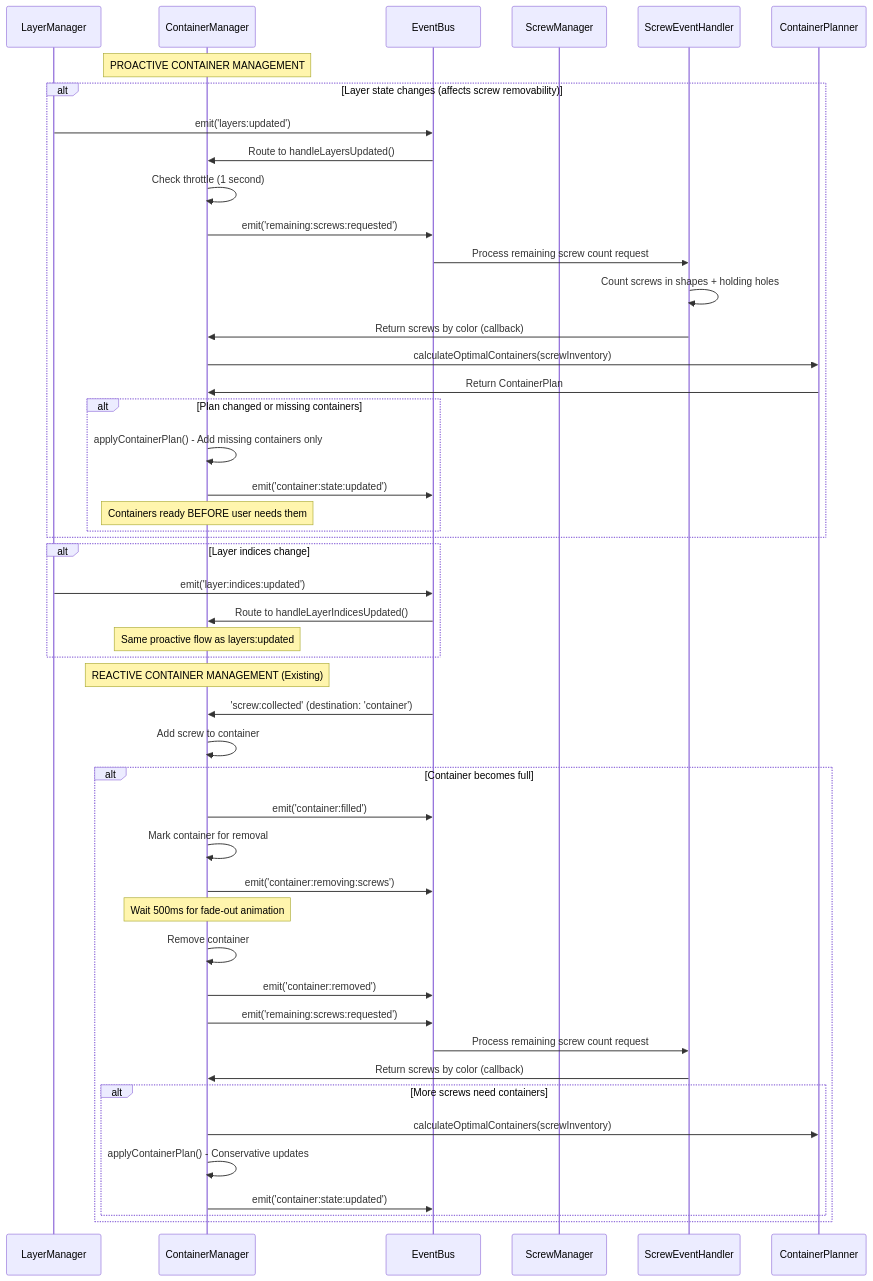
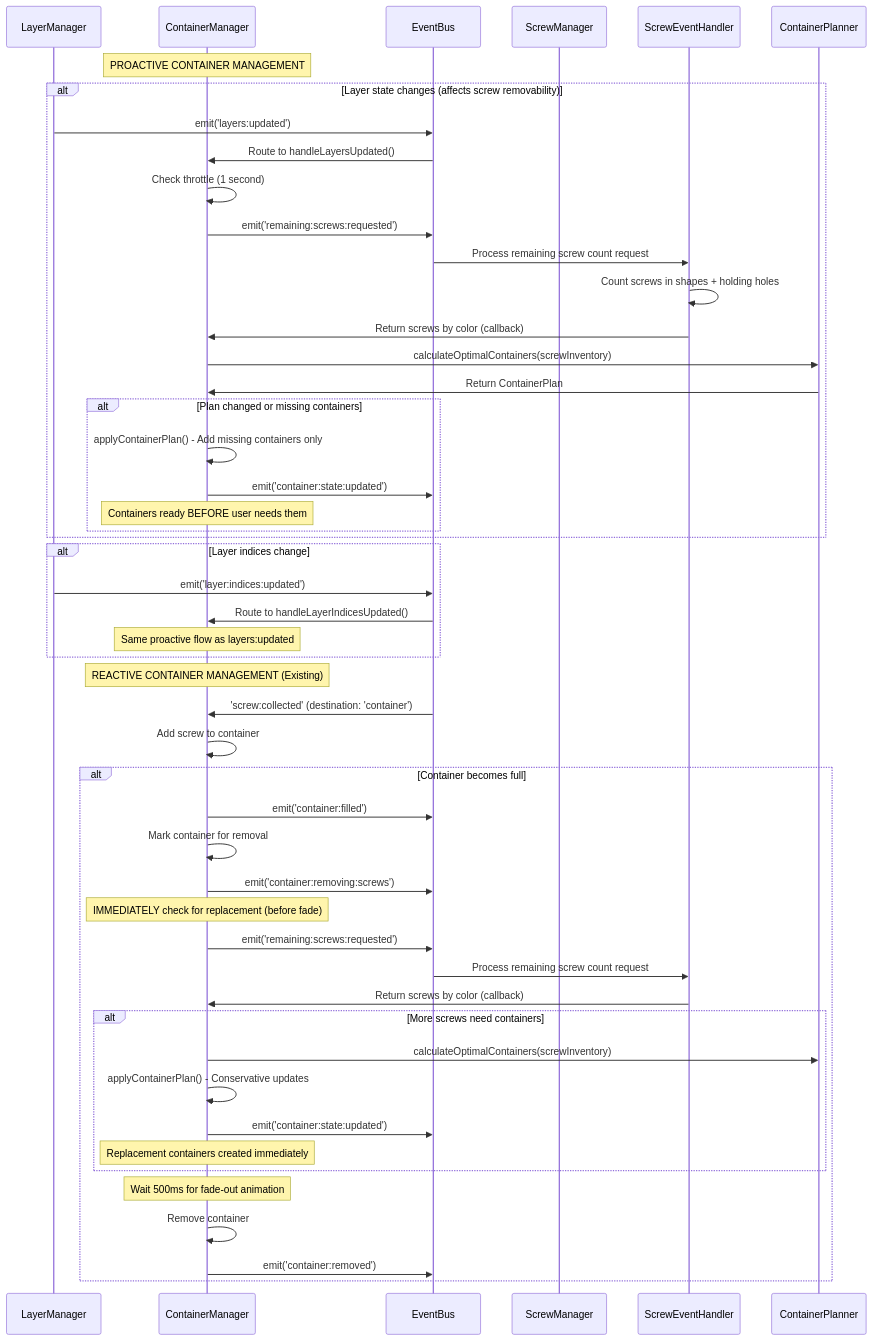
Before and after one commit to paulrobello/par-shape-2d: the second of 6 diagrams in docs/game_event_flows.md, drawn with Mermaid. The commit also changed other lines of this file and 1 other file, not shown here.

````diff
--- a/docs/game_event_flows.md
+++ b/docs/game_event_flows.md
@@ -151,59 +151,62 @@
 ```mermaid
 sequenceDiagram
     participant LM as LayerManager
     participant CM as ContainerManager
     participant EB as EventBus
     participant SM as ScrewManager
     participant SEH as ScrewEventHandler
     participant CP as ContainerPlanner
 
     Note over CM: PROACTIVE CONTAINER MANAGEMENT
     
     alt Layer state changes (affects screw removability)
         LM->>EB: emit('layers:updated')
         EB->>CM: Route to handleLayersUpdated()
         CM->>CM: Check throttle (1 second)
         CM->>EB: emit('remaining:screws:requested')
         EB->>SEH: Process remaining screw count request
         SEH->>SEH: Count screws in shapes + holding holes
         SEH->>CM: Return screws by color (callback)
         CM->>CP: calculateOptimalContainers(screwInventory)
         CP->>CM: Return ContainerPlan
         
         alt Plan changed or missing containers
             CM->>CM: applyContainerPlan() - Add missing containers only
             CM->>EB: emit('container:state:updated')
             Note over CM: Containers ready BEFORE user needs them
         end
     end
     
     alt Layer indices change
         LM->>EB: emit('layer:indices:updated')
         EB->>CM: Route to handleLayerIndicesUpdated()
         Note over CM: Same proactive flow as layers:updated
     end
 
     Note over CM: REACTIVE CONTAINER MANAGEMENT (Existing)
     
     EB->>CM: 'screw:collected' (destination: 'container')
     CM->>CM: Add screw to container
     
     alt Container becomes full
         CM->>EB: emit('container:filled')
         CM->>CM: Mark container for removal
         CM->>EB: emit('container:removing:screws')
         
-        Note over CM: Wait 500ms for fade-out animation
-        CM->>CM: Remove container
-        CM->>EB: emit('container:removed')
+        Note over CM: IMMEDIATELY check for replacement (before fade)
         CM->>EB: emit('remaining:screws:requested')
         EB->>SEH: Process remaining screw count request
         SEH->>CM: Return screws by color (callback)
         
         alt More screws need containers
             CM->>CP: calculateOptimalContainers(screwInventory)
             CM->>CM: applyContainerPlan() - Conservative updates
             CM->>EB: emit('container:state:updated')
+            Note over CM: Replacement containers created immediately
         end
+        
+        Note over CM: Wait 500ms for fade-out animation
+        CM->>CM: Remove container
+        CM->>EB: emit('container:removed')
     end
 ```
````
